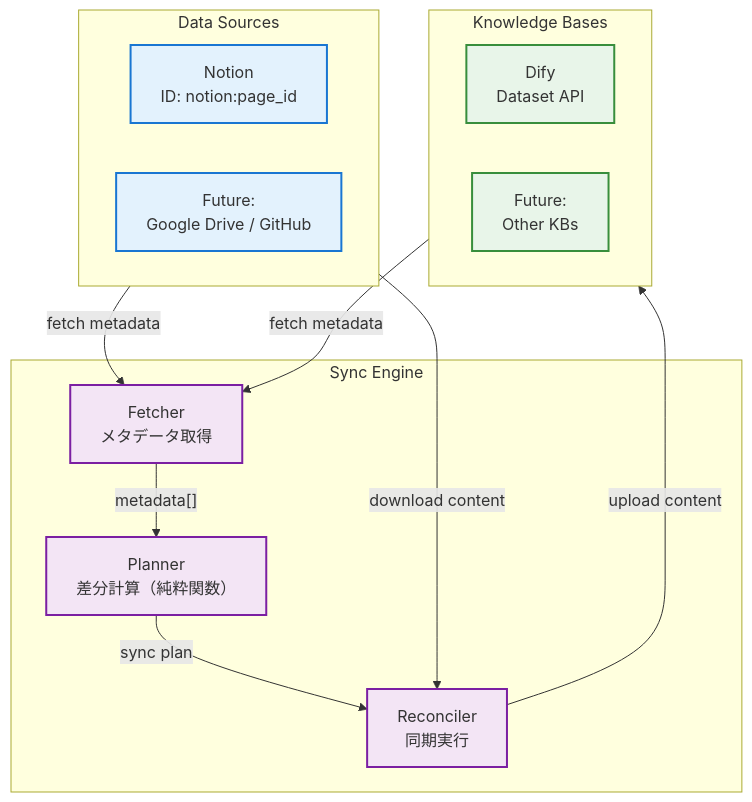
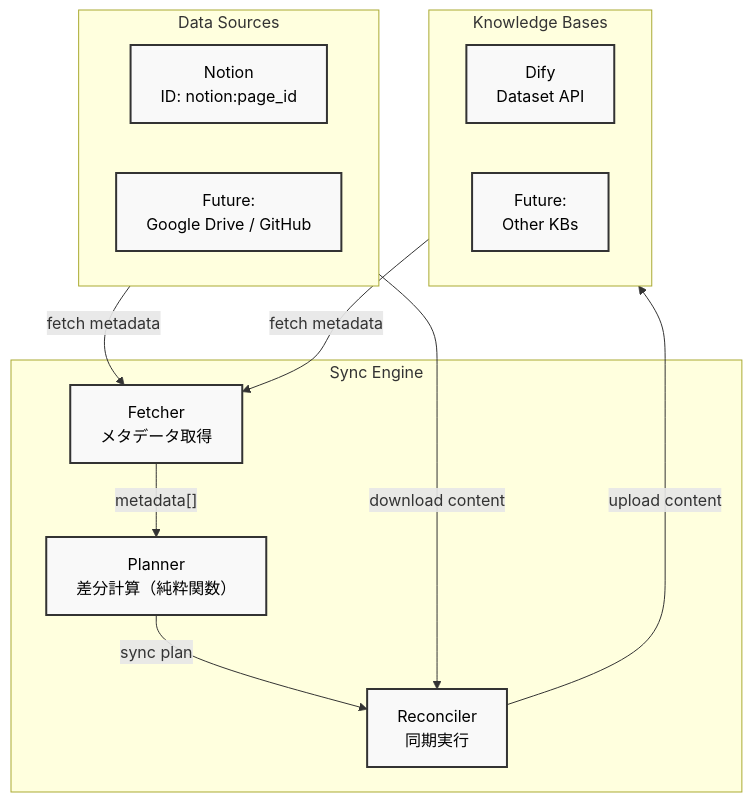
The diagram in specs/20250718-1952-ai-knowledge-etl-framework/design.md (yuya-takeyama/dok), drawn with Mermaid before and after one commit.

Commit message:
style: simplify flowchart styling for better readability
- Remove colorful styling from mermaid diagram
- Use simple black/white theme for better document visibility
- Keep diagram structure clean and focused

🤖 Generated with [Claude Code](https://claude.ai/code)

````diff
--- a/specs/20250718-1952-ai-knowledge-etl-framework/design.md
+++ b/specs/20250718-1952-ai-knowledge-etl-framework/design.md
@@ -31,34 +31,32 @@
 ```mermaid
 flowchart TB
-    subgraph DS[Data Sources]
+    subgraph DS["Data Sources"]
         Notion["Notion<br/>ID: notion:page_id"]
         Future1["Future:<br/>Google Drive / GitHub"]
     end
 
-    subgraph Core[Sync Engine]
+    subgraph Core["Sync Engine"]
         Fetcher["Fetcher<br/>メタデータ取得"]
         Planner["Planner<br/>差分計算（純粋関数）"]
         Reconciler["Reconciler<br/>同期実行"]
 
         Fetcher -->|"metadata[]"| Planner
         Planner -->|"sync plan"| Reconciler
     end
 
-    subgraph KB[Knowledge Bases]
+    subgraph KB["Knowledge Bases"]
         Dify["Dify<br/>Dataset API"]
         Future2["Future:<br/>Other KBs"]
     end
 
     DS -->|"fetch metadata"| Fetcher
     KB -->|"fetch metadata"| Fetcher
     DS -->|"download content"| Reconciler
     Reconciler -->|"upload content"| KB
 
-    classDef dataSource fill:#e3f2fd,stroke:#1976d2,stroke-width:2px
-    classDef core fill:#f3e5f5,stroke:#7b1fa2,stroke-width:2px
-    classDef knowledge fill:#e8f5e9,stroke:#388e3c,stroke-width:2px
-
-    class Notion,Future1 dataSource
-    class Fetcher,Planner,Reconciler core
-    class Dify,Future2 knowledge
+    %% シンプルなスタイル定義
+    classDef default fill:#f9f9f9,stroke:#333,stroke-width:2px,color:#000
+    classDef dataSource fill:#fff,stroke:#666,stroke-width:2px,color:#000
+    classDef core fill:#fff,stroke:#666,stroke-width:2px,color:#000
+    classDef knowledge fill:#fff,stroke:#666,stroke-width:2px,color:#000
 ```
````
